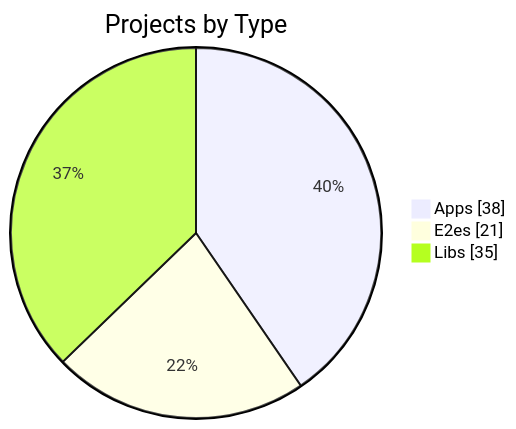
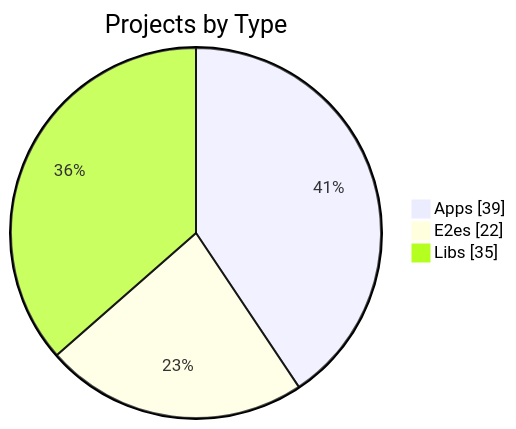
Before and after one commit to KBVE/kbve: the first of 3 diagrams in apps/kbve/astro-kbve/src/content/docs/dashboard/graph.mdx, drawn with Mermaid. The commit also changed other lines of this file and 8 other files, not shown here.

````diff
--- a/apps/kbve/astro-kbve/src/content/docs/dashboard/graph.mdx
+++ b/apps/kbve/astro-kbve/src/content/docs/dashboard/graph.mdx
@@ -56,7 +56,7 @@
 ```mermaid
 pie showData
     title Projects by Type
-    "Apps" : 38
-    "E2es" : 21
+    "Apps" : 39
+    "E2es" : 22
     "Libs" : 35
 ```
````
